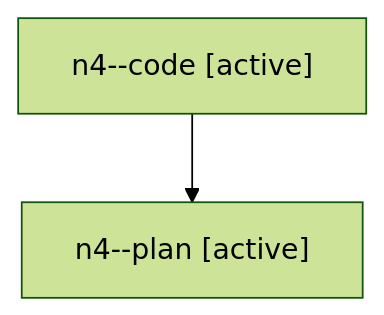
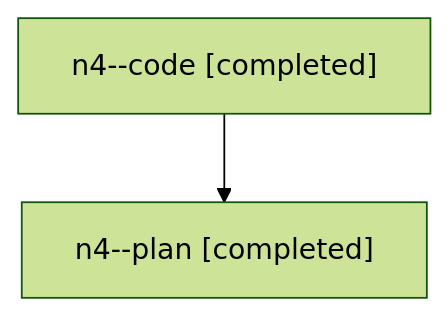
One commit to sase-org/sase--agents changed the diagram in families/bbugyi200.athena.n4.md. Above: the diagram before and after it, drawn with Mermaid (forest theme). The commit also changed other lines of this file and 1002 other files, not shown here.

````diff
--- a/families/bbugyi200.athena.n4.md
+++ b/families/bbugyi200.athena.n4.md
@@ -9,6 +9,6 @@
 ```mermaid
 flowchart TD
-  n0["n4--code [active]"]
-  n1["n4--plan [active]"]
+  n0["n4--code [completed]"]
+  n1["n4--plan [completed]"]
   n0 --> n1
 ```
````
